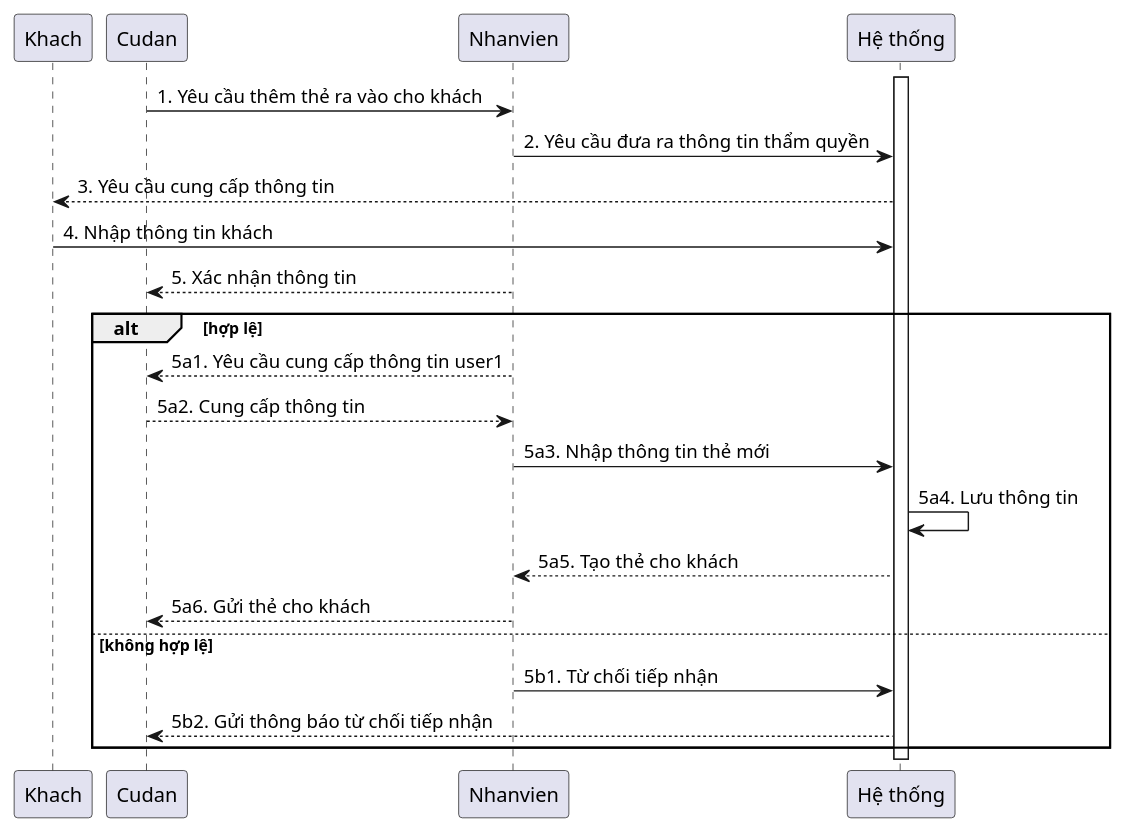
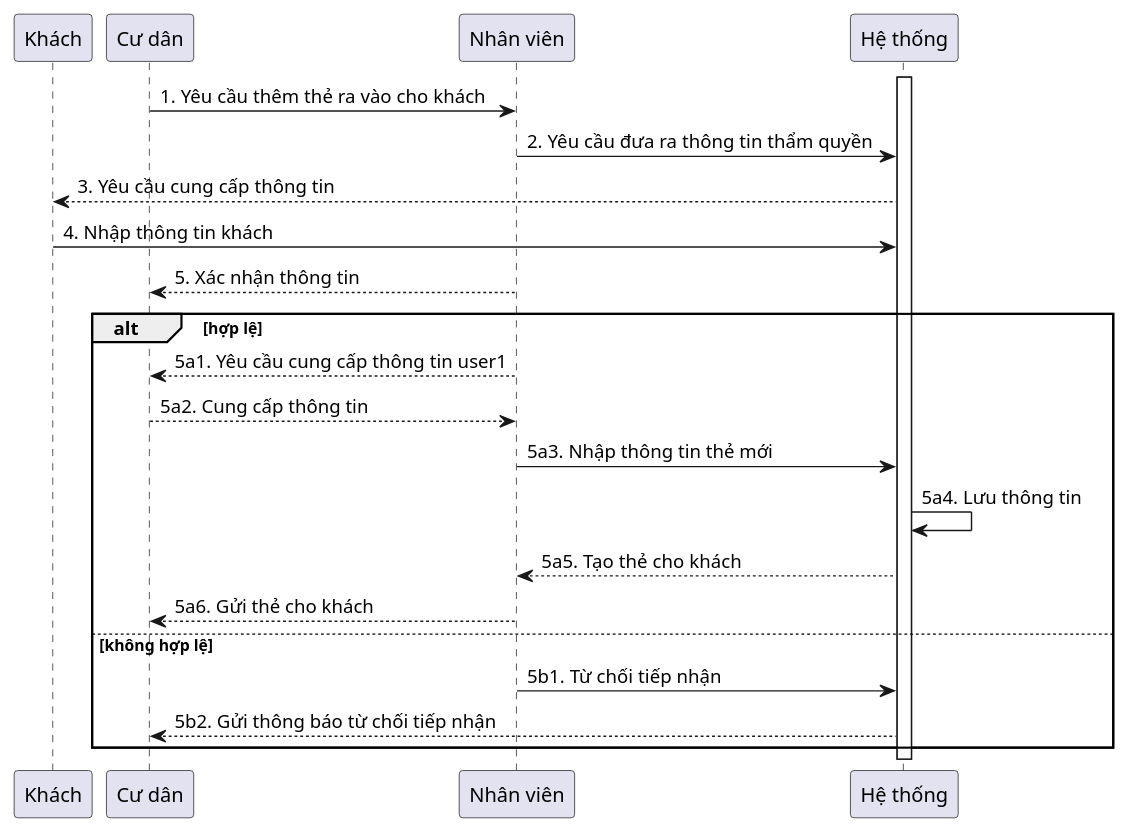
One commit to QuickyBooster/SE357-Pratice-class changed the diagram in Lab1/Lab1.2/Sequence Diagram/Tạo thẻ cho khách tham quan.plantuml. Above: the diagram before and after it, drawn with PlantUML. The commit also changed 7 other files, not shown here.

```diff
--- a/Lab1/Lab1.2/Sequence Diagram/Tạo thẻ cho khách tham quan.plantuml
+++ b/Lab1/Lab1.2/Sequence Diagram/Tạo thẻ cho khách tham quan.plantuml
@@ -1,27 +1,27 @@
 @startuml
 
-participant Khach
-participant Cudan
-participant Nhanvien
+participant "Khách"
+participant "Cư dân"
+participant "Nhân viên"
 
 participant "Hệ thống" as System
 
 activate System
-Cudan -> Nhanvien: 1. Yêu cầu thêm thẻ ra vào cho khách
-Nhanvien -> System: 2. Yêu cầu đưa ra thông tin thẩm quyền
-System --> Khach: 3. Yêu cầu cung cấp thông tin
-Khach -> System: 4. Nhập thông tin khách
-Nhanvien --> Cudan: 5. Xác nhận thông tin
+"Cư dân" -> "Nhân viên": 1. Yêu cầu thêm thẻ ra vào cho khách
+"Nhân viên" -> System: 2. Yêu cầu đưa ra thông tin thẩm quyền
+System --> "Khách": 3. Yêu cầu cung cấp thông tin
+"Khách" -> System: 4. Nhập thông tin khách
+"Nhân viên" --> "Cư dân": 5. Xác nhận thông tin
 alt hợp lệ
-Nhanvien --> Cudan: 5a1. Yêu cầu cung cấp thông tin user1
-Cudan-->Nhanvien: 5a2. Cung cấp thông tin
-Nhanvien->System: 5a3. Nhập thông tin thẻ mới
+"Nhân viên" --> "Cư dân": 5a1. Yêu cầu cung cấp thông tin user1
+"Cư dân"-->"Nhân viên": 5a2. Cung cấp thông tin
+"Nhân viên"->System: 5a3. Nhập thông tin thẻ mới
 System-> System: 5a4. Lưu thông tin
-System--> Nhanvien: 5a5. Tạo thẻ cho khách
-Nhanvien--> Cudan: 5a6. Gửi thẻ cho khách
+System--> "Nhân viên": 5a5. Tạo thẻ cho khách
+"Nhân viên"--> "Cư dân": 5a6. Gửi thẻ cho khách
 else không hợp lệ
-Nhanvien-> System: 5b1. Từ chối tiếp nhận
-System--> Cudan: 5b2. Gửi thông báo từ chối tiếp nhận
+"Nhân viên"-> System: 5b1. Từ chối tiếp nhận
+System--> "Cư dân": 5b2. Gửi thông báo từ chối tiếp nhận
 
 end
 @enduml
```
